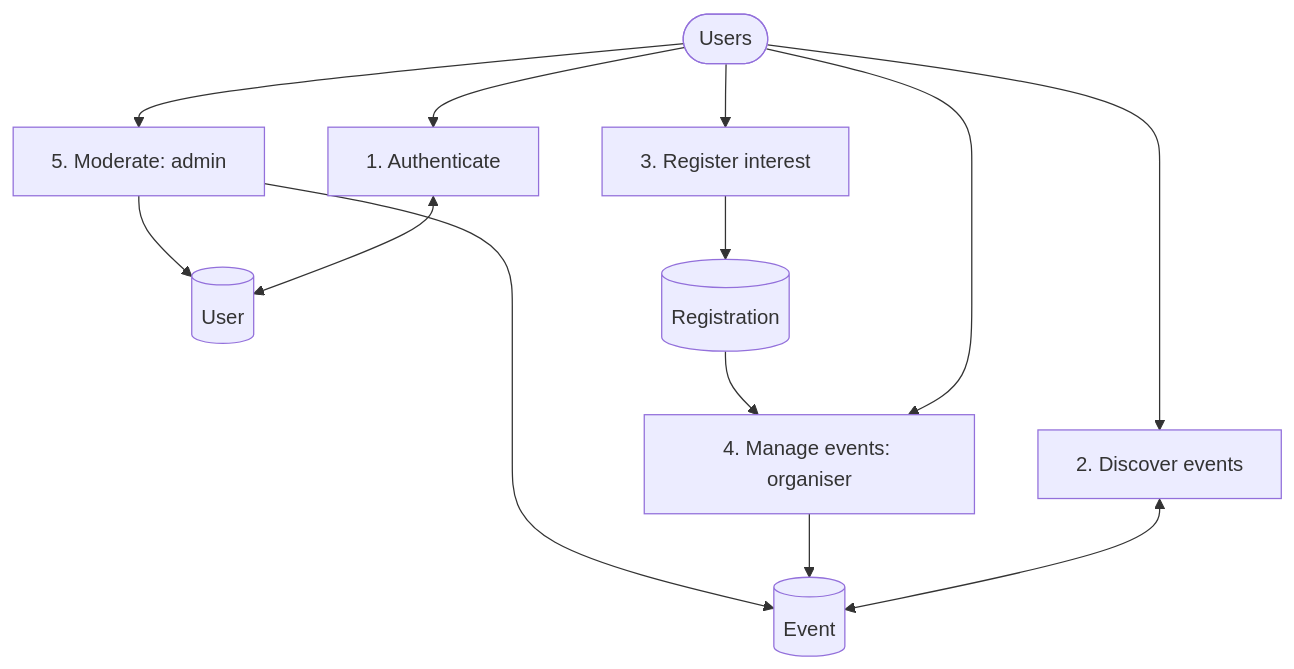
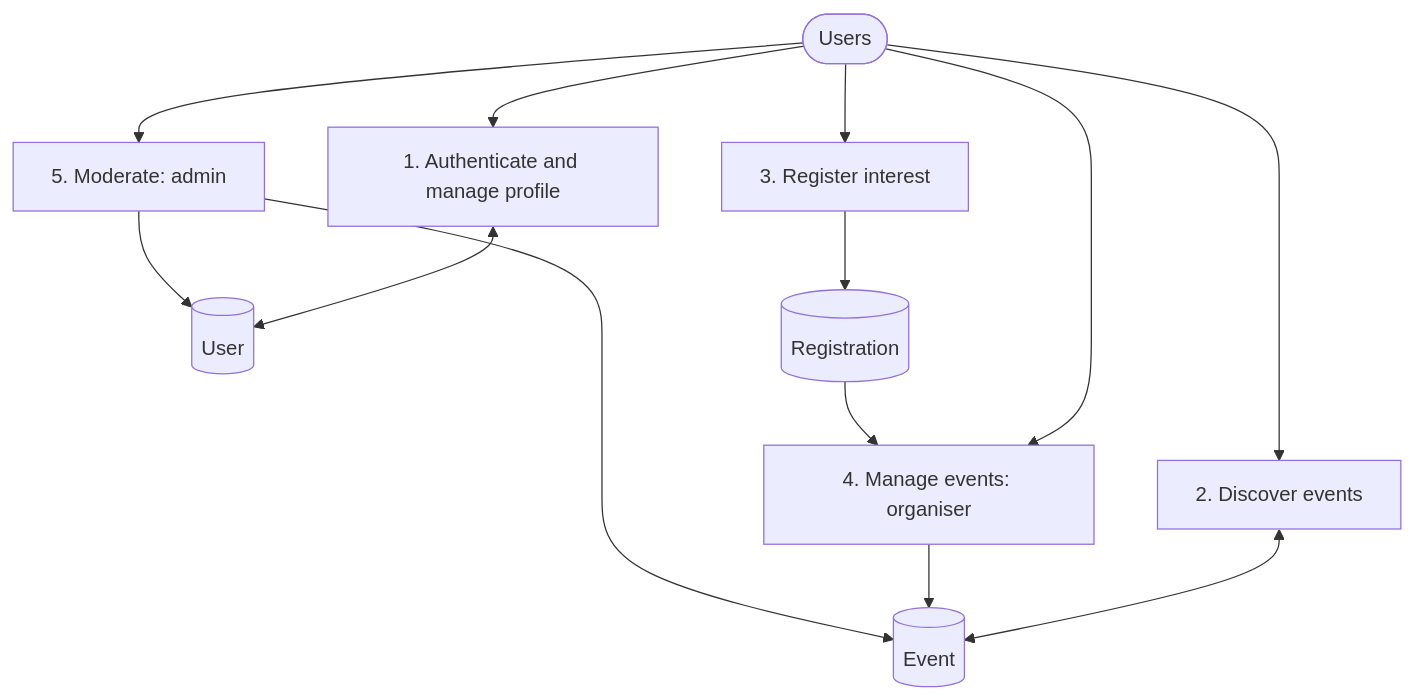
The fourth of 8 diagrams in docs/PROJECT_REPORT.md (Saransh-Jainbu/goodloop), drawn with Mermaid before and after one commit. The commit also changed other lines of this file, not shown here.

Commit message:
Report: update for registrations, maps, admin stats, profile, design refresh, tests and organisations plan

````diff
--- a/docs/PROJECT_REPORT.md
+++ b/docs/PROJECT_REPORT.md
@@ -130,15 +139,15 @@
 ```mermaid
 flowchart TD
-    U([Users]) --> P1[1. Authenticate]
+    U([Users]) --> P1[1. Authenticate and manage profile]
     P1 <--> DB1[(User)]
     U --> P2[2. Discover events]
     P2 <--> DB2[(Event)]
     U --> P3[3. Register interest]
     P3 --> DB3[(Registration)]
     U --> P4[4. Manage events: organiser]
     P4 --> DB2
     U --> P5[5. Moderate: admin]
     P5 --> DB1
     P5 --> DB2
     DB3 --> P4
 ```
````
